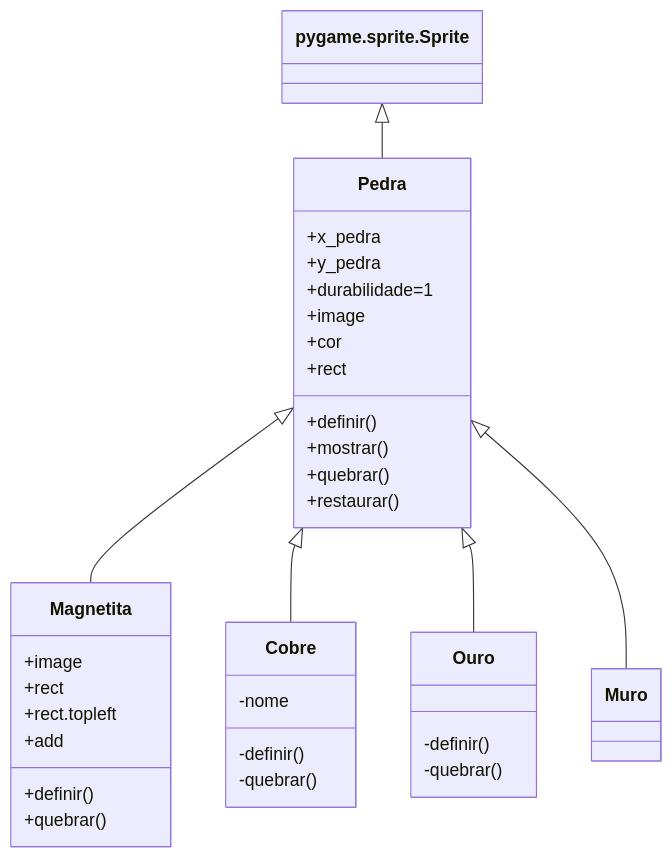
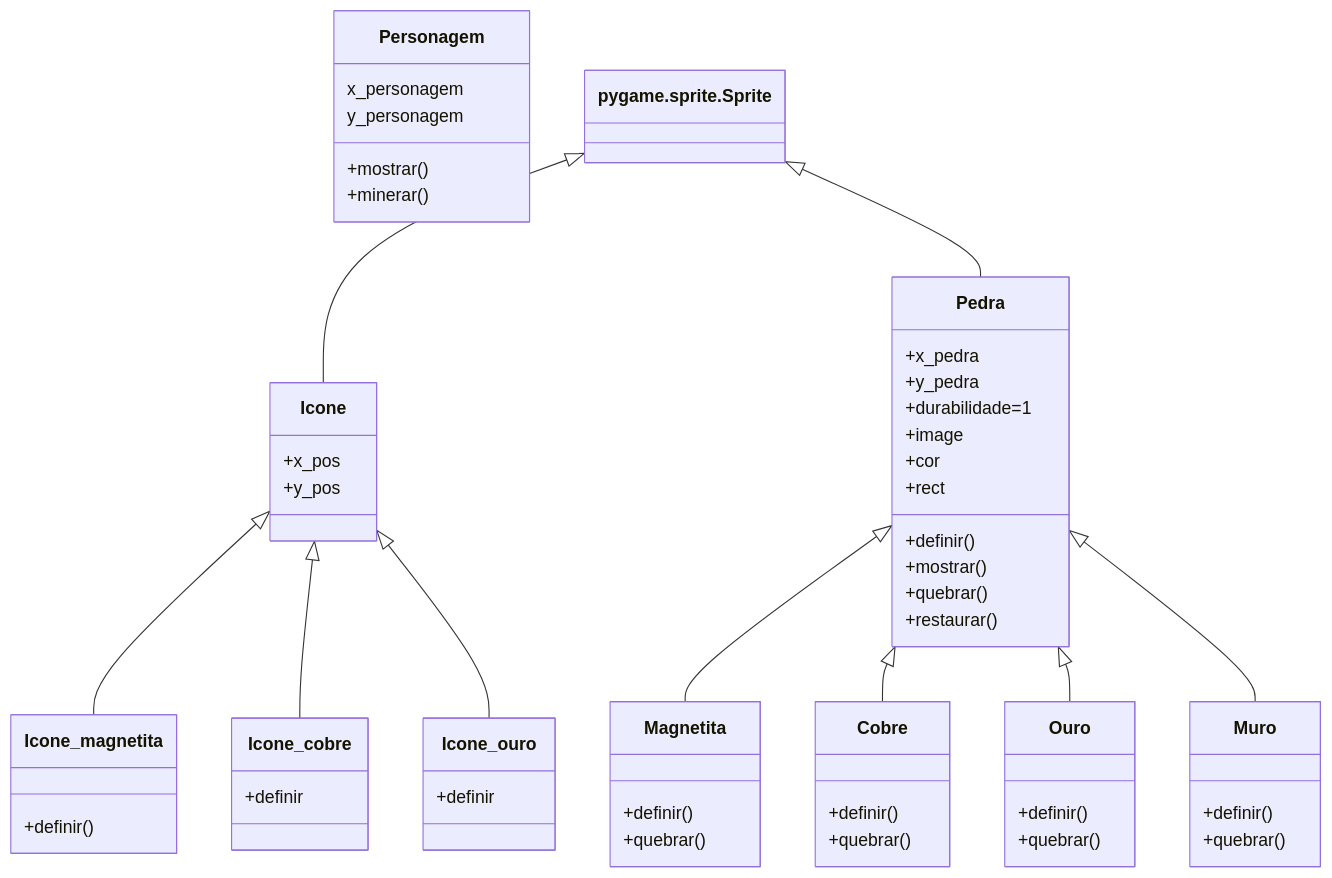
The diagram in README.md (UirajanJS/Projeto-IP), drawn with Mermaid before and after one commit. The commit also changed other lines of this file, not shown here.

Commit message:
Diagrama de classes

````diff
--- a/README.md
+++ b/README.md
@@ -55,37 +57,51 @@
 ```mermaid
 classDiagram
+  Personagem : x_personagem
+  Personagem : y_personagem
+  Personagem : +mostrar()
+  Personagem : +minerar()
+  pygame.sprite.Sprite <|--Icone
+  Icone : +x_pos
+  Icone : +y_pos
+  Icone <|-- Icone_magnetita
+  Icone <|-- Icone_cobre
+  Icone <|-- Icone_ouro
+  Icone_magnetita: +definir()
+  Icone_cobre: +definir
+  Icone_ouro: +definir
   pygame.sprite.Sprite <|-- Pedra
   Pedra <|-- Magnetita
   Pedra <|-- Cobre
   Pedra <|-- Ouro
   Pedra <|-- Muro
   Pedra : +x_pedra
   Pedra : +y_pedra
   Pedra : +durabilidade=1
   Pedra : +image
   Pedra : +cor
   Pedra : +rect
   Pedra: +definir()
   Pedra: +mostrar()
   Pedra: +quebrar()
   Pedra: +restaurar()
       class Magnetita{
-          +image
-          +rect
-          +rect.topleft
-          +add
           +definir()
           +quebrar()
       }
       class Cobre{
-          -nome
-          -definir()
-          -quebrar()
+          +definir()
+          +quebrar()
 
       }
       class Ouro{
-          -definir()
-          -quebrar()
+          +definir()
+          +quebrar()
 
       }
+      class Muro{
+          +definir()
+          +quebrar()
+
+      }
+
  ```
````
